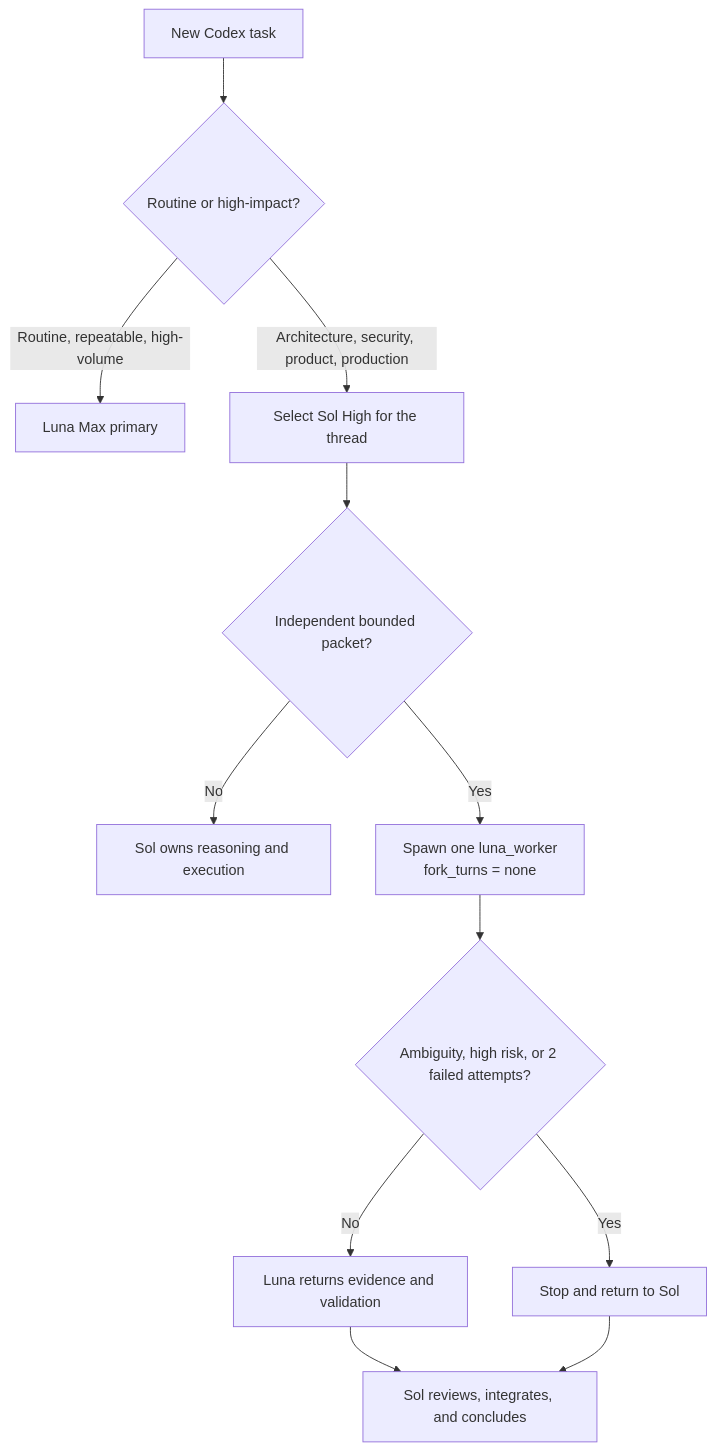
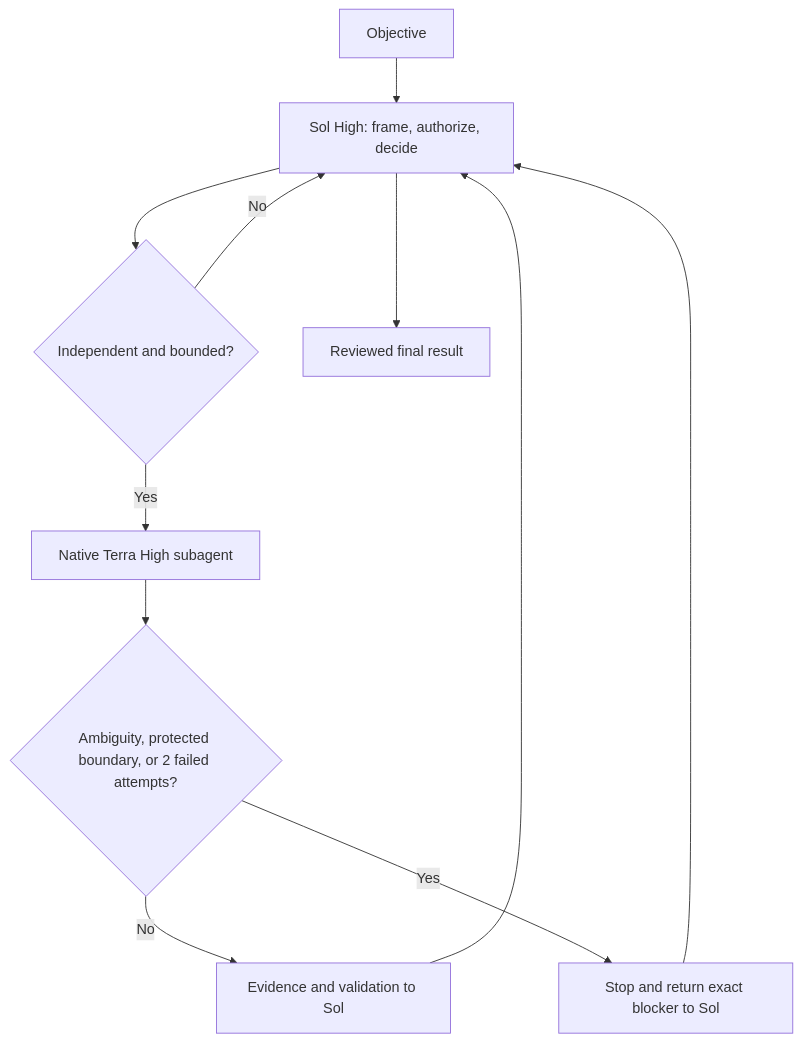
Before and after one commit to augiefra/codex-sol-terra-orchestration: the diagram in README.md, drawn with Mermaid. The commit also changed other lines of this file and 15 other files, not shown here.

Commit message:
Adopt native Sol-Terra orchestration

````diff
--- a/README.md
+++ b/README.md
@@ -27,14 +20,13 @@
 ```mermaid
 flowchart TD
-    A["New Codex task"] --> B{"Routine or high-impact?"}
-    B -->|"Routine, repeatable, high-volume"| C["Luna Max primary"]
-    B -->|"Architecture, security, product, production"| D["Select Sol High for the thread"]
-    D --> E{"Independent bounded packet?"}
-    E -->|"No"| F["Sol owns reasoning and execution"]
-    E -->|"Yes"| G["Spawn one luna_worker\nfork_turns = none"]
-    G --> H{"Ambiguity, high risk, or 2 failed attempts?"}
-    H -->|"No"| I["Luna returns evidence and validation"]
-    H -->|"Yes"| J["Stop and return to Sol"]
-    I --> K["Sol reviews, integrates, and concludes"]
-    J --> K
+    U["Objective"] --> S["Sol High: frame, authorize, decide"]
+    S --> Q{"Independent and bounded?"}
+    Q -->|"No"| S
+    Q -->|"Yes"| T["Native Terra High subagent"]
+    T --> G{"Ambiguity, protected boundary, or 2 failed attempts?"}
+    G -->|"No"| R["Evidence and validation to Sol"]
+    G -->|"Yes"| B["Stop and return exact blocker to Sol"]
+    R --> S
+    B --> S
+    S --> F["Reviewed final result"]
 ```
````
